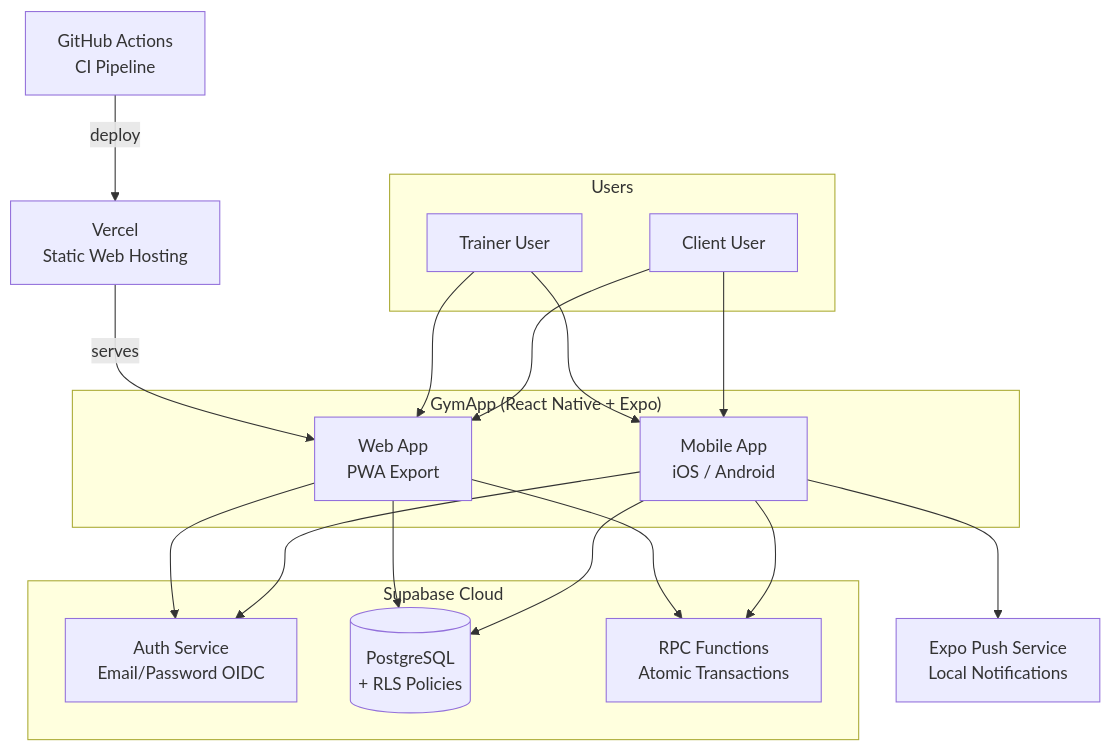
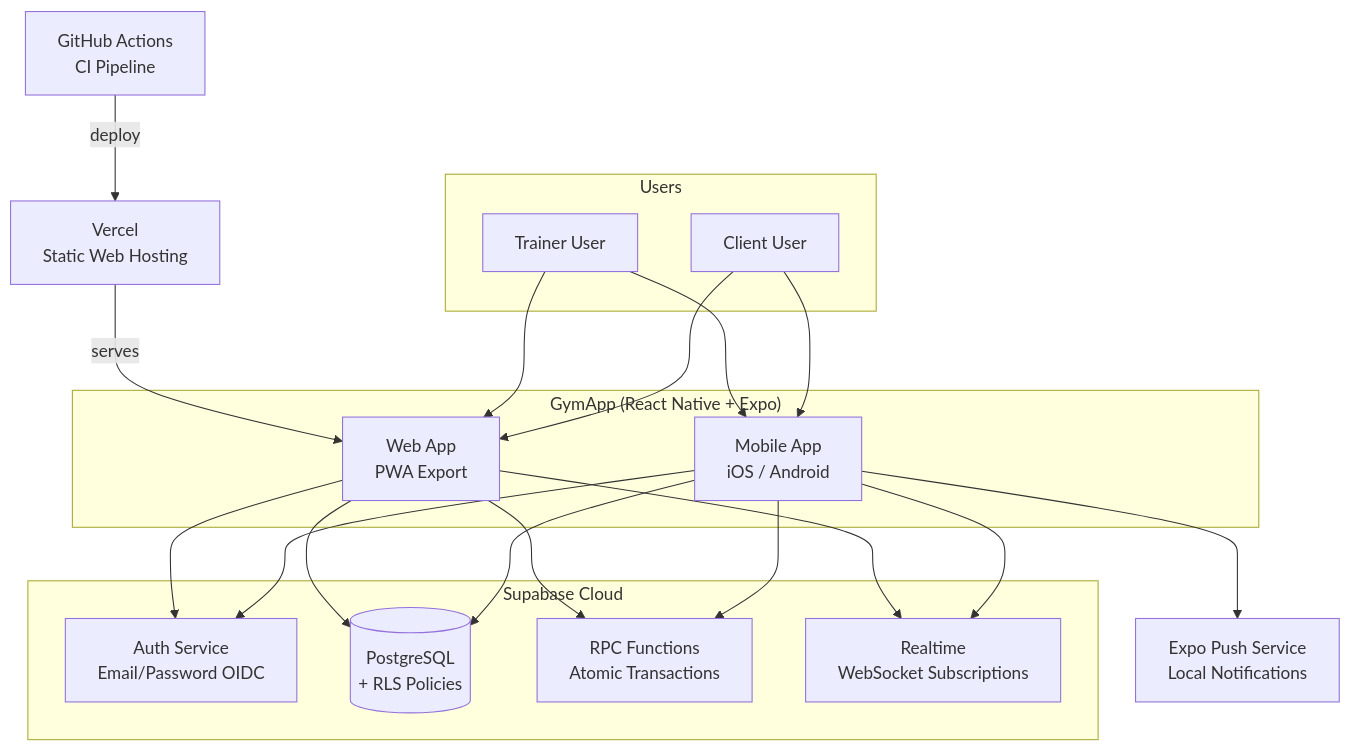
The first of 5 diagrams in Documentation/architecture.md (2Bros1Mission/GymApp), drawn with Mermaid before and after one commit. The commit also changed other lines of this file and 6 other files, not shown here.

````diff
--- a/Documentation/architecture.md
+++ b/Documentation/architecture.md
@@ -24,38 +24,41 @@
 ```mermaid
 flowchart TB
     subgraph Users
         CU[Client User]
         TU[Trainer User]
     end
 
     subgraph GymApp["GymApp (React Native + Expo)"]
         Mobile[Mobile App<br/>iOS / Android]
         Web[Web App<br/>PWA Export]
     end
 
     subgraph Supabase["Supabase Cloud"]
         Auth[Auth Service<br/>Email/Password OIDC]
         DB[(PostgreSQL<br/>+ RLS Policies)]
         RPC[RPC Functions<br/>Atomic Transactions]
+        RT[Realtime<br/>WebSocket Subscriptions]
     end
 
     Expo[Expo Push Service<br/>Local Notifications]
     Vercel[Vercel<br/>Static Web Hosting]
     GHA[GitHub Actions<br/>CI Pipeline]
 
     CU --> Mobile
     CU --> Web
     TU --> Mobile
     TU --> Web
 
     Mobile --> Auth
     Mobile --> DB
     Mobile --> RPC
+    Mobile --> RT
     Mobile --> Expo
     Web --> Auth
     Web --> DB
     Web --> RPC
+    Web --> RT
 
     GHA -->|deploy| Vercel
     Vercel -->|serves| Web
 ```
````
